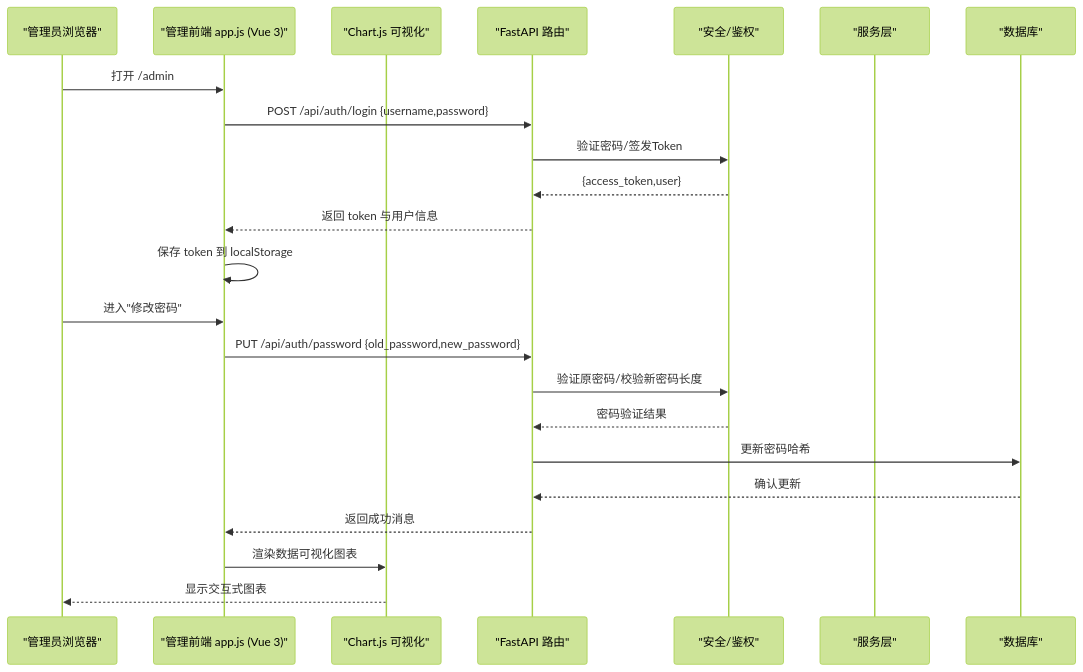
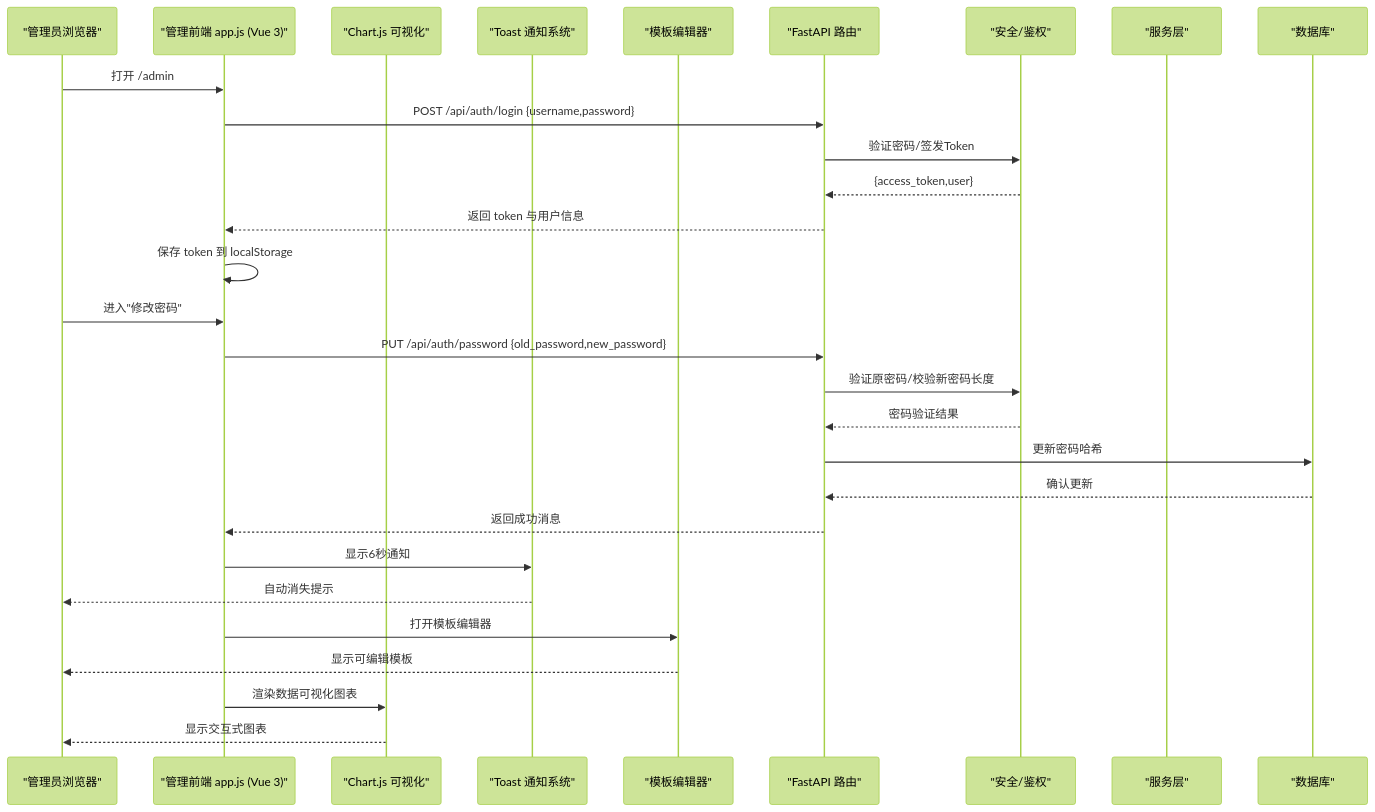
Before and after one commit to onebody/homework: the second of 12 diagrams in .qoder/repowiki/zh/content/暑假作业打卡系统/前端应用设计/管理后台应用.md, drawn with Mermaid (forest theme). The commit also changed other lines of this file and 15 other files, not shown here.

````diff
--- a/.qoder/repowiki/zh/content/暑假作业打卡系统/前端应用设计/管理后台应用.md
+++ b/.qoder/repowiki/zh/content/暑假作业打卡系统/前端应用设计/管理后台应用.md
@@ -116,25 +122,31 @@
 ```mermaid
 sequenceDiagram
 participant Admin as "管理员浏览器"
 participant FE as "管理前端 app.js (Vue 3)"
 participant Chart as "Chart.js 可视化"
+participant Toast as "Toast 通知系统"
+participant Template as "模板编辑器"
 participant API as "FastAPI 路由"
 participant Auth as "安全/鉴权"
 participant Svc as "服务层"
 participant DB as "数据库"
 Admin->>FE : 打开 /admin
 FE->>API : POST /api/auth/login {username,password}
 API->>Auth : 验证密码/签发Token
 Auth-->>API : {access_token,user}
 API-->>FE : 返回 token 与用户信息
 FE->>FE : 保存 token 到 localStorage
 Admin->>FE : 进入"修改密码"
 FE->>API : PUT /api/auth/password {old_password,new_password}
 API->>Auth : 验证原密码/校验新密码长度
 Auth-->>API : 密码验证结果
 API->>DB : 更新密码哈希
 DB-->>API : 确认更新
 API-->>FE : 返回成功消息
+FE->>Toast : 显示6秒通知
+Toast-->>Admin : 自动消失提示
+FE->>Template : 打开模板编辑器
+Template-->>Admin : 显示可编辑模板
 FE->>Chart : 渲染数据可视化图表
 Chart-->>Admin : 显示交互式图表
 ```
````
